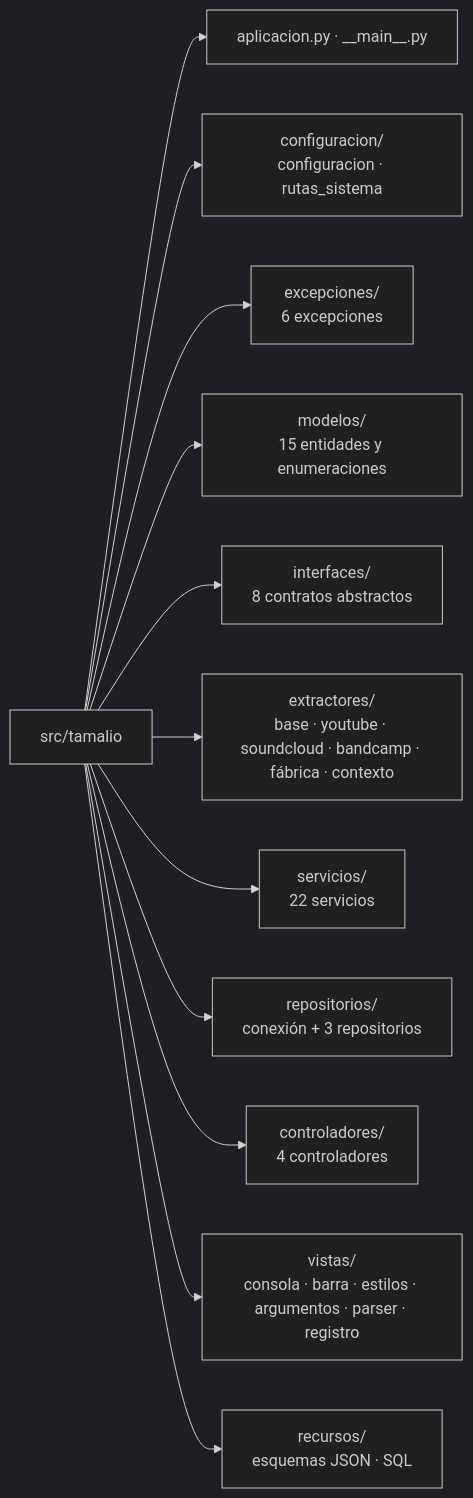
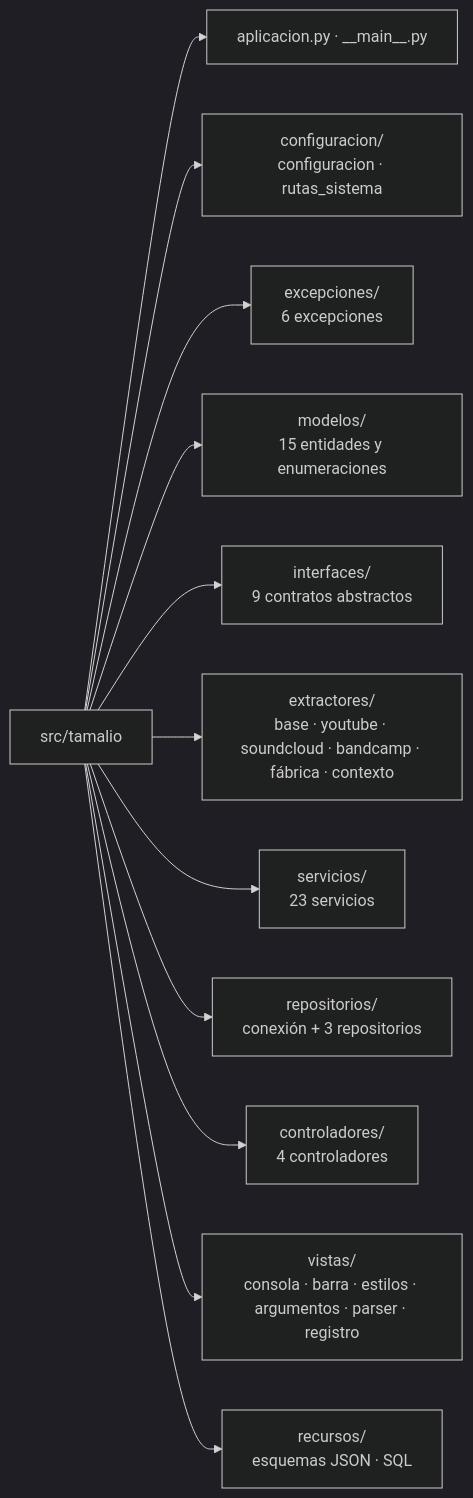
Before and after one commit to vjesus-ferreyra/Tamalio: the tenth of 10 diagrams in docs/arquitectura.md, drawn with Mermaid (dark theme). The commit also changed other lines of this file and 15 other files, not shown here.

````diff
--- a/docs/arquitectura.md
+++ b/docs/arquitectura.md
@@ -472,14 +482,14 @@
 ```mermaid
 flowchart LR
     raiz[src/tamalio] --> app[aplicacion.py · __main__.py]
     raiz --> cfg[configuracion/<br/>configuracion · rutas_sistema]
     raiz --> exc[excepciones/<br/>6 excepciones]
     raiz --> mod[modelos/<br/>15 entidades y enumeraciones]
-    raiz --> itf[interfaces/<br/>8 contratos abstractos]
+    raiz --> itf[interfaces/<br/>9 contratos abstractos]
     raiz --> ext[extractores/<br/>base · youtube · soundcloud · bandcamp · fábrica · contexto]
-    raiz --> srv[servicios/<br/>22 servicios]
+    raiz --> srv[servicios/<br/>23 servicios]
     raiz --> rep[repositorios/<br/>conexión + 3 repositorios]
     raiz --> ctl[controladores/<br/>4 controladores]
     raiz --> vis[vistas/<br/>consola · barra · estilos · argumentos · parser · registro]
     raiz --> rec[recursos/<br/>esquemas JSON · SQL]
 ```
````
